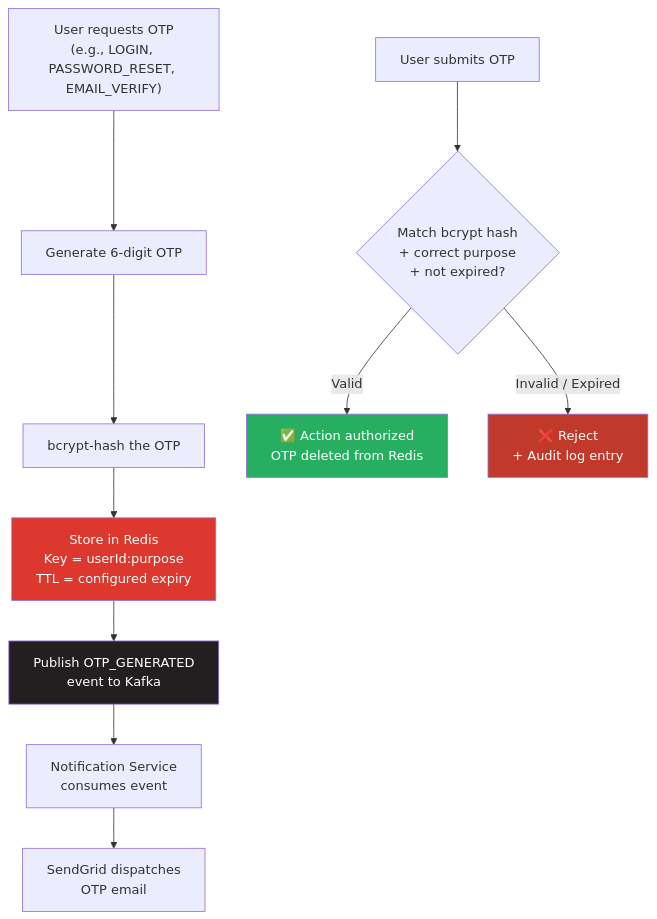
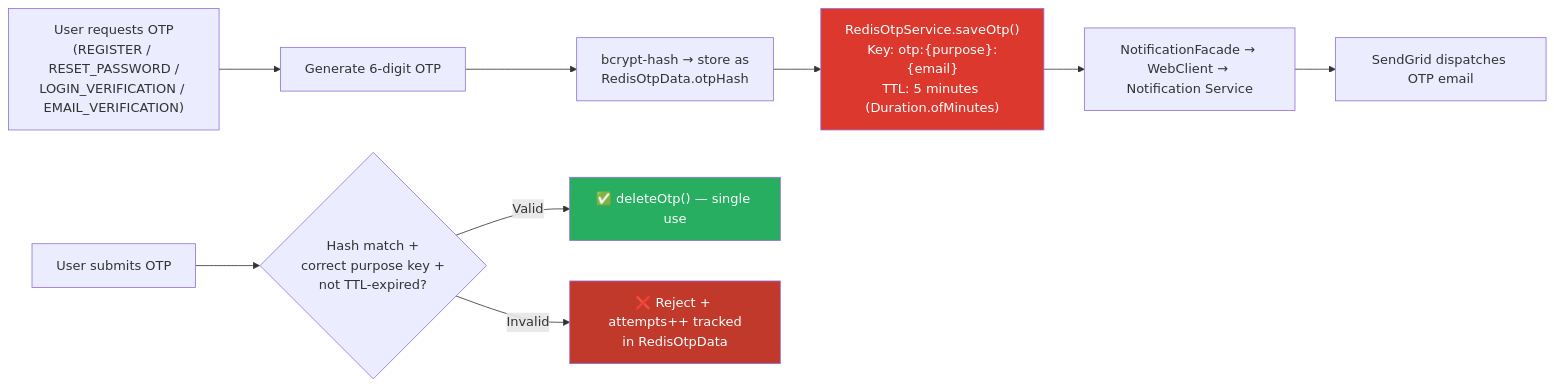
One commit to amarenderreddyvoladri/production-prototype-security-template changed the fourth of 8 diagrams in README.md. Above: the diagram before and after it, drawn with Mermaid. The commit also changed other lines of this file, not shown here.

````diff
--- a/README.md
+++ b/README.md
@@ -158,18 +163,16 @@
 ```mermaid
-flowchart TD
-    A["User requests OTP<br/>(e.g., LOGIN, PASSWORD_RESET, EMAIL_VERIFY)"] --> B["Generate 6-digit OTP"]
-    B --> C["bcrypt-hash the OTP"]
-    C --> D["Store in Redis<br/>Key = userId:purpose<br/>TTL = configured expiry"]
-    D --> E["Publish OTP_GENERATED<br/>event to Kafka"]
-    E --> F["Notification Service<br/>consumes event"]
-    F --> G["SendGrid dispatches<br/>OTP email"]
+flowchart LR
+    A["User requests OTP<br/>(REGISTER / RESET_PASSWORD /<br/>LOGIN_VERIFICATION / EMAIL_VERIFICATION)"] --> B["Generate 6-digit OTP"]
+    B --> C["bcrypt-hash → store as<br/>RedisOtpData.otpHash"]
+    C --> D["RedisOtpService.saveOtp()<br/>Key: otp:{purpose}:{email}<br/>TTL: 5 minutes (Duration.ofMinutes)"]
+    D --> E["NotificationFacade → WebClient → Notification Service"]
+    E --> F["SendGrid dispatches OTP email"]
 
-    H["User submits OTP"] --> I{"Match bcrypt hash<br/>+ correct purpose<br/>+ not expired?"}
-    I -->|Valid| J["✅ Action authorized<br/>OTP deleted from Redis"]
-    I -->|Invalid / Expired| K["❌ Reject<br/>+ Audit log entry"]
+    G["User submits OTP"] --> H{"Hash match +<br/>correct purpose key +<br/>not TTL-expired?"}
+    H -->|Valid| I["✅ deleteOtp() — single use"]
+    H -->|Invalid| J["❌ Reject + attempts++ tracked<br/>in RedisOtpData"]
 
     style D fill:#DC382D,color:#fff
-    style E fill:#231F20,color:#fff
-    style J fill:#27AE60,color:#fff
-    style K fill:#C0392B,color:#fff
+    style I fill:#27AE60,color:#fff
+    style J fill:#C0392B,color:#fff
 ```
````
